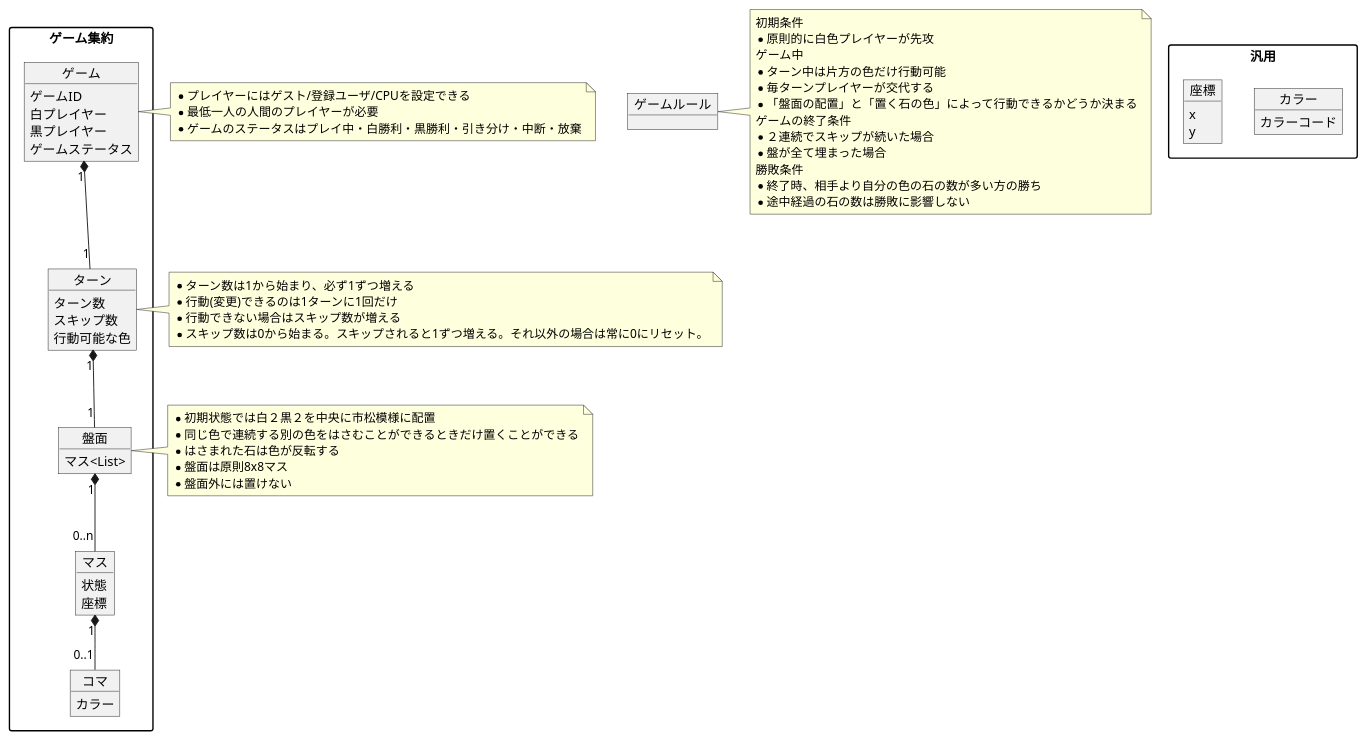
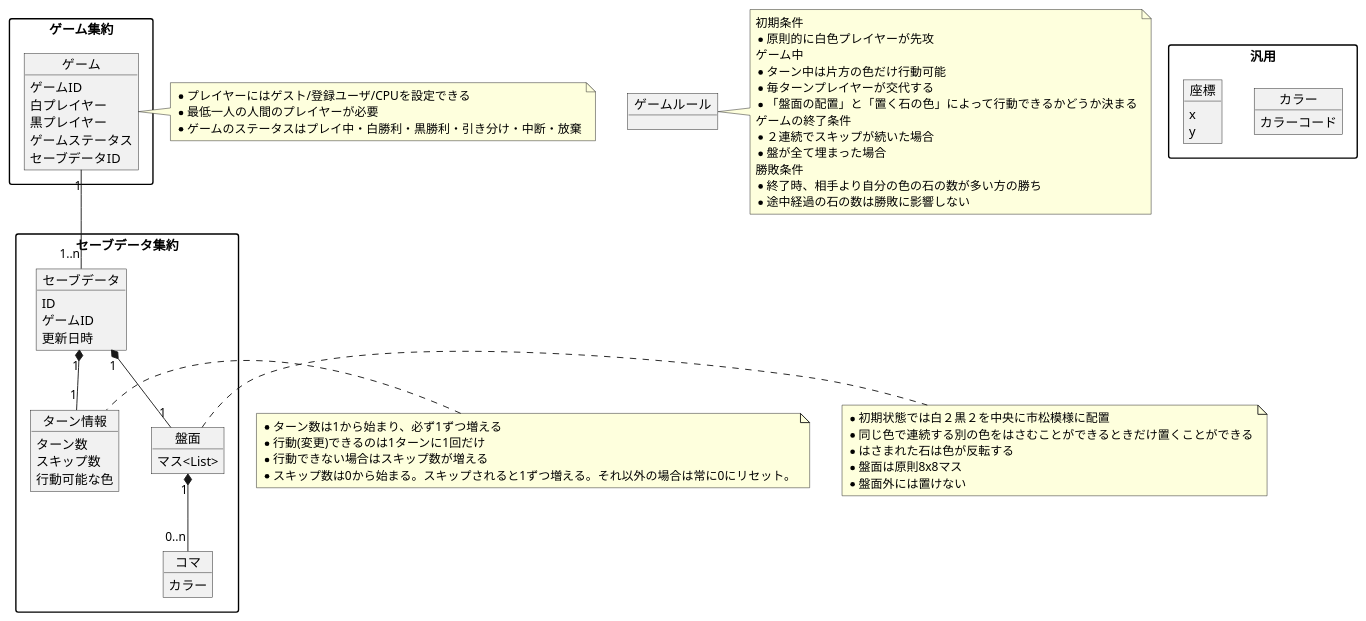
The diagram in domain-model.puml (ebinase/othello), drawn with PlantUML before and after one commit.

Commit message:
ドメインモデル図作成 #1 更新

```diff
--- a/domain-model.puml
+++ b/domain-model.puml
@@ -1,133 +1,126 @@
-@startuml othello
+@startuml
 skinparam PackageStyle rectangle
 
 package ゲーム集約 {
     object ゲーム {
         ゲームID
         白プレイヤー
         黒プレイヤー
         ゲームステータス
+        セーブデータID
+    }
+}
+
+package セーブデータ集約 {
+    object セーブデータ{
+        ID
+        ゲームID
+        更新日時
     }
 
-    object ターン {
+    object ターン情報 {
         ターン数
         スキップ数
         行動可能な色
     }
 
     object 盤面 {
         マス<List>
     }
 
-    object マス {
-        状態
-        座標
-    }
-
     object コマ {
         カラー
     }
 }
 
 
-ゲーム "1" *-down- "1" ターン
-ターン "1" *-down- "1" 盤面
-盤面 "1" *-down- "0..n" マス
-マス "1" *-- "0..1" コマ
+ゲーム "1" -down- "1..n" セーブデータ
+セーブデータ "1" *-down- "1" ターン情報
+セーブデータ "1" *-down- "1" 盤面
+盤面 "1" *-down- "0..n" コマ
 
 note right of ゲーム
     * プレイヤーにはゲスト/登録ユーザ/CPUを設定できる
     * 最低一人の人間のプレイヤーが必要
     * ゲームのステータスはプレイ中・白勝利・黒勝利・引き分け・中断・放棄
 end note
 
 package 汎用 {
     object カラー {
         カラーコード
     }
 
     object 座標 {
         x
         y
     }
 }
 
 object ゲームルール {
 
 }
 
 note right of ゲームルール
     初期条件
     * 原則的に白色プレイヤーが先攻
     ゲーム中
     * ターン中は片方の色だけ行動可能
     * 毎ターンプレイヤーが交代する
     * 「盤面の配置」と「置く石の色」によって行動できるかどうか決まる
     ゲームの終了条件
     * ２連続でスキップが続いた場合
     * 盤が全て埋まった場合
     勝敗条件
     * 終了時、相手より自分の色の石の数が多い方の勝ち
     * 途中経過の石の数は勝敗に影響しない
 end note
 
-note right of ターン
+note left of ターン情報
     * ターン数は1から始まり、必ず1ずつ増える
     * 行動(変更)できるのは1ターンに1回だけ
     * 行動できない場合はスキップ数が増える
     * スキップ数は0から始まる。スキップされると1ずつ増える。それ以外の場合は常に0にリセット。
 end note
 
 note right of 盤面
     * 初期状態では白２黒２を中央に市松模様に配置
     * 同じ色で連続する別の色をはさむことができるときだけ置くことができる
     * はさまれた石は色が反転する
     * 盤面は原則8x8マス
-    * 盤面外には置けない  
+    * 盤面外には置けない
 end note
-
-' note bottom of スキップカウント
-'     * 1ずつアップする
-'     * 値はリセット可能
-' end note
-
-' note bottom of ターンカウント
-'     * 1ずつアップする
-'     * 値はリセット不可能
-' end note
 
 ' package ターンフロー集約 {
 '     object ターンフロー {
 '         現在のターン
 '         次のターン
 '     }
-    
+
 ' }
 
 ' note right of ターンフロー
 '     前後のターンの変化と行動を管理
 '     * プレイヤーは毎ターン必ず交代する
 '     * 行動する度、ターン数が1増加する
 '     * 行動は「置く」と「スキップ」だけ
 '     * 1ターンに行動できるのは一回だけ
 '     * 次のターンが通常行動かスキップか判定
 '     * ひっくり返された石の位置などを保管
 ' end note
 
 ' note right of プレイヤー
 '     * ユーザ登録をしている場合、自動で設定可能
 '     * ゲストの場合は自分で入力(デフォルのままもOK)
 ' end note
 
 ' ゲーム "1" *-down- "2" プレイヤー
 
 ' package プレイヤー集約(仮) {
 '     object プレイヤー {
 '         プレイヤーID
 '         色
 '         名前
 '         人間orCPU
 '     }
 ' }
-
 @enduml
```
